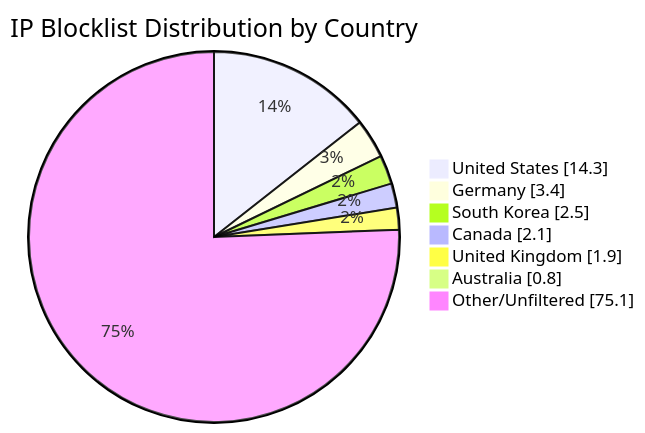
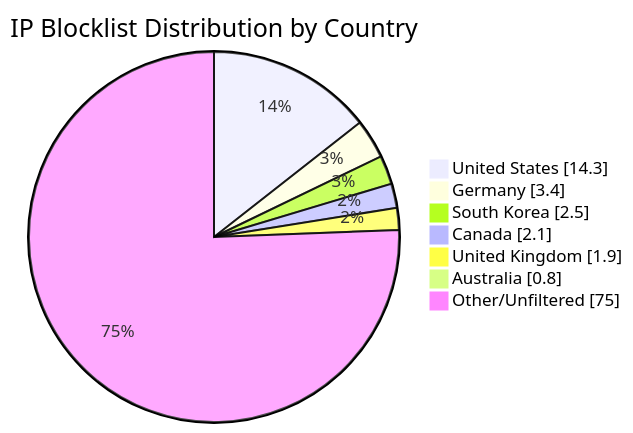
The diagram in README.md (MarcusHoltz/ipblocklist-geofiltered-aggregator), drawn with Mermaid before and after one commit. The commit also changed other lines of this file and 9 other files, not shown here.

````diff
--- a/README.md
+++ b/README.md
@@ -34,10 +34,10 @@
 ```mermaid
 pie showData title IP Blocklist Distribution by Country
 "United States" : 14.3
 "Germany" : 3.4
 "South Korea" : 2.5
 "Canada" : 2.1
 "United Kingdom" : 1.9
 "Australia" : 0.8
-"Other/Unfiltered" : 75.1
+"Other/Unfiltered" : 75.0
 ```
````
